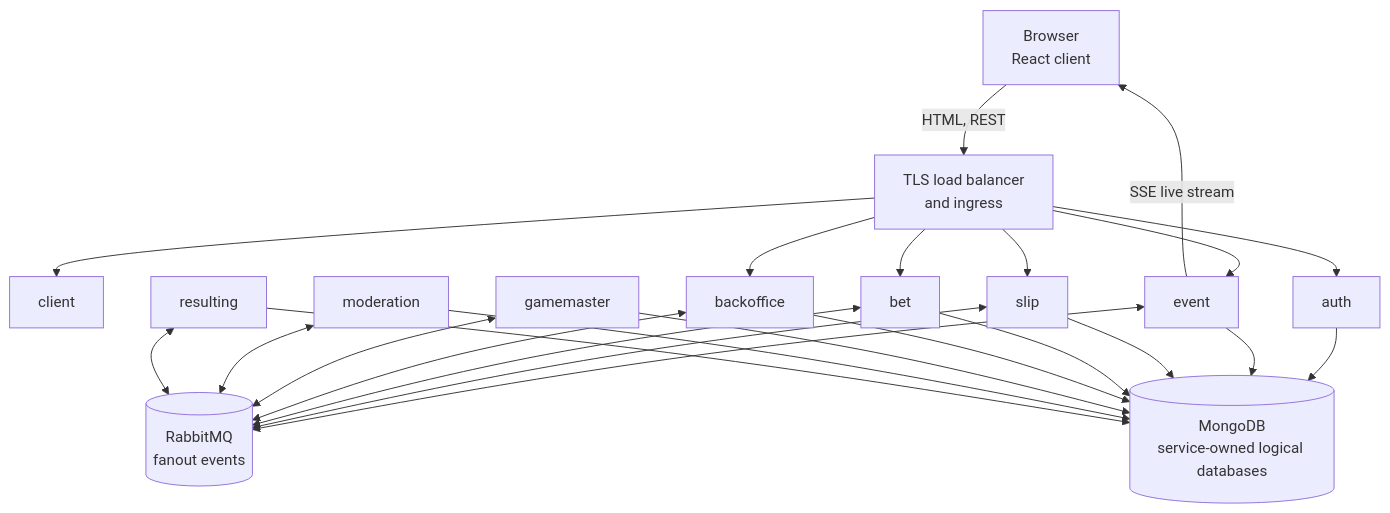
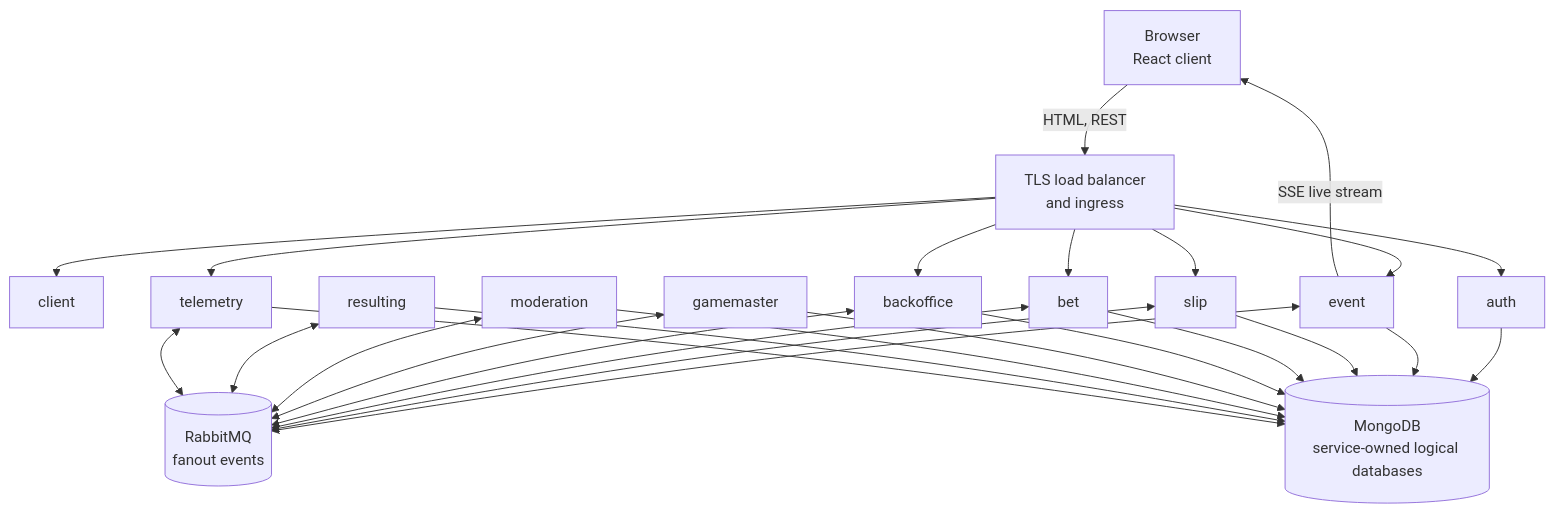
The first of 2 diagrams in docs/wiki/Architecture.md (vasilyevstan/betstan), drawn with Mermaid before and after one commit. The commit also changed other lines of this file and 42 other files, not shown here.

````diff
--- a/docs/wiki/Architecture.md
+++ b/docs/wiki/Architecture.md
@@ -23,34 +23,37 @@
 ```mermaid
 flowchart TB
     Browser["Browser<br/>React client"]
     Edge["TLS load balancer<br/>and ingress"]
 
     Browser -->|HTML, REST| Edge
     Edge --> Client["client"]
     Edge --> Auth["auth"]
     Edge --> Event["event"]
     Edge --> Slip["slip"]
     Edge --> Bet["bet"]
     Edge --> Backoffice["backoffice"]
+    Edge --> Telemetry["telemetry"]
     Event -->|SSE live stream| Browser
 
     Broker[("RabbitMQ<br/>fanout events")]
     Mongo[("MongoDB<br/>service-owned logical databases")]
 
     Event <--> Broker
     Slip <--> Broker
     Bet <--> Broker
     Backoffice <--> Broker
     Gamemaster["gamemaster"] <--> Broker
     Moderation["moderation"] <--> Broker
     Resulting["resulting"] <--> Broker
+    Telemetry <--> Broker
 
     Auth --> Mongo
     Event --> Mongo
     Slip --> Mongo
     Bet --> Mongo
     Backoffice --> Mongo
     Gamemaster --> Mongo
     Moderation --> Mongo
     Resulting --> Mongo
+    Telemetry --> Mongo
 ```
````
